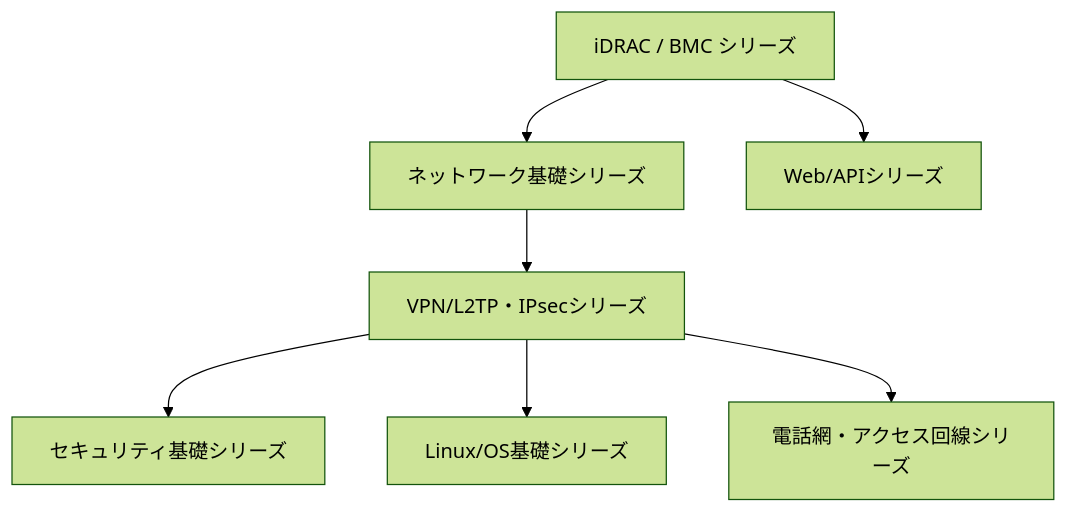
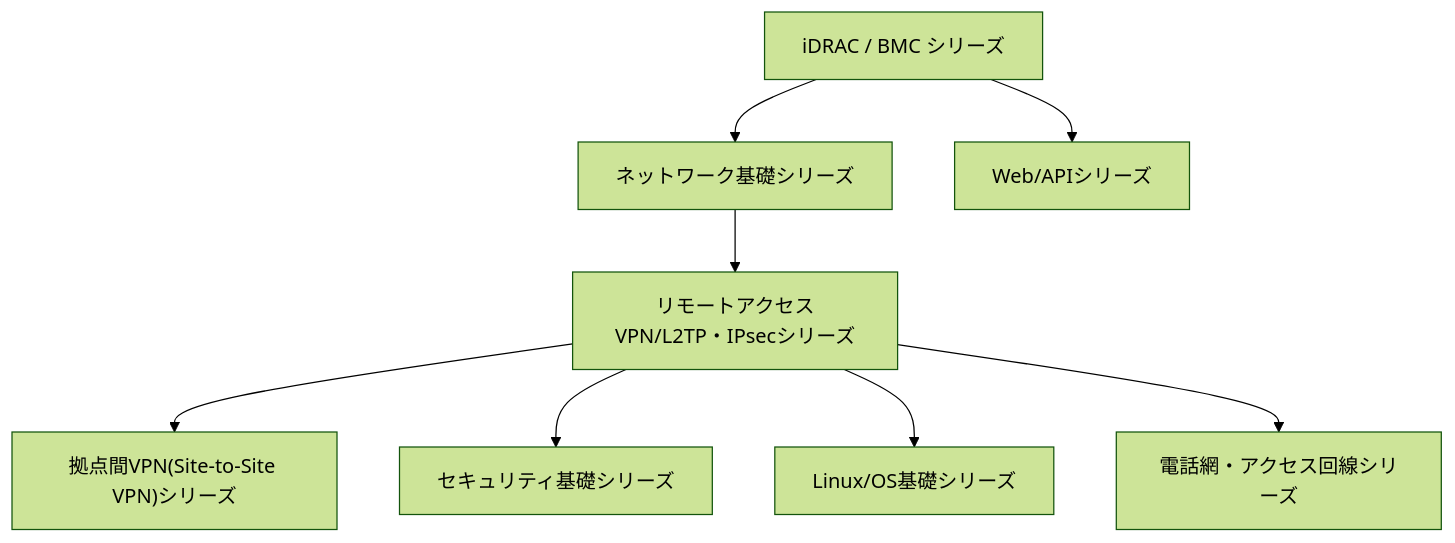
One commit to koikoi1998/koikoi-blog-20260723 changed the diagram in src/pages/sitemap.md. Above: the diagram before and after it, drawn with Mermaid (forest theme). The commit also changed other lines of this file and 5 other files, not shown here.

````diff
--- a/src/pages/sitemap.md
+++ b/src/pages/sitemap.md
@@ -24,17 +24,19 @@
 ```mermaid
 graph TB
     Idrac["iDRAC / BMC シリーズ"]
     Network["ネットワーク基礎シリーズ"]
-    Vpn["VPN/L2TP・IPsecシリーズ"]
+    Vpn["リモートアクセスVPN/L2TP・IPsecシリーズ"]
+    SiteToSite["拠点間VPN(Site-to-Site VPN)シリーズ"]
     Security["セキュリティ基礎シリーズ"]
     Linux["Linux/OS基礎シリーズ"]
     Telephony["電話網・アクセス回線シリーズ"]
     Api["Web/APIシリーズ"]
 
     Idrac --> Network
     Idrac --> Api
     Network --> Vpn
+    Vpn --> SiteToSite
     Vpn --> Security
     Vpn --> Linux
     Vpn --> Telephony
 ```
````
